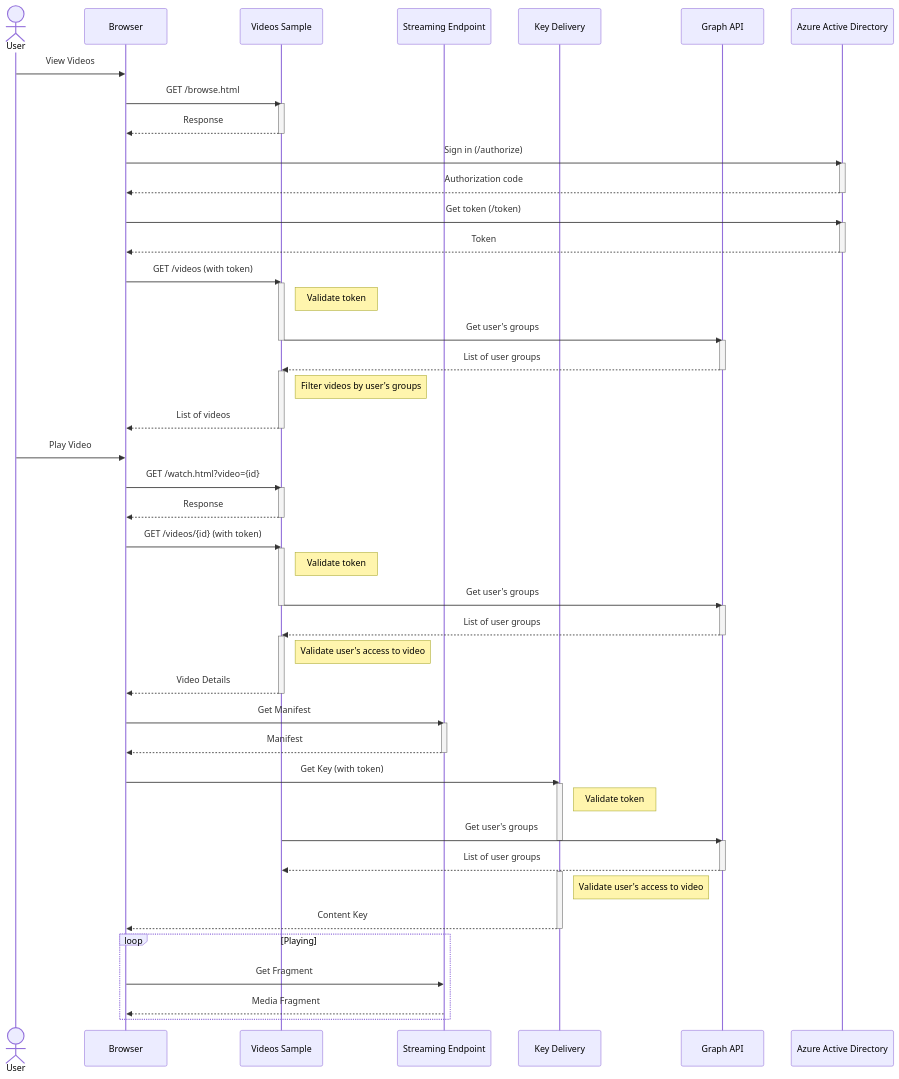
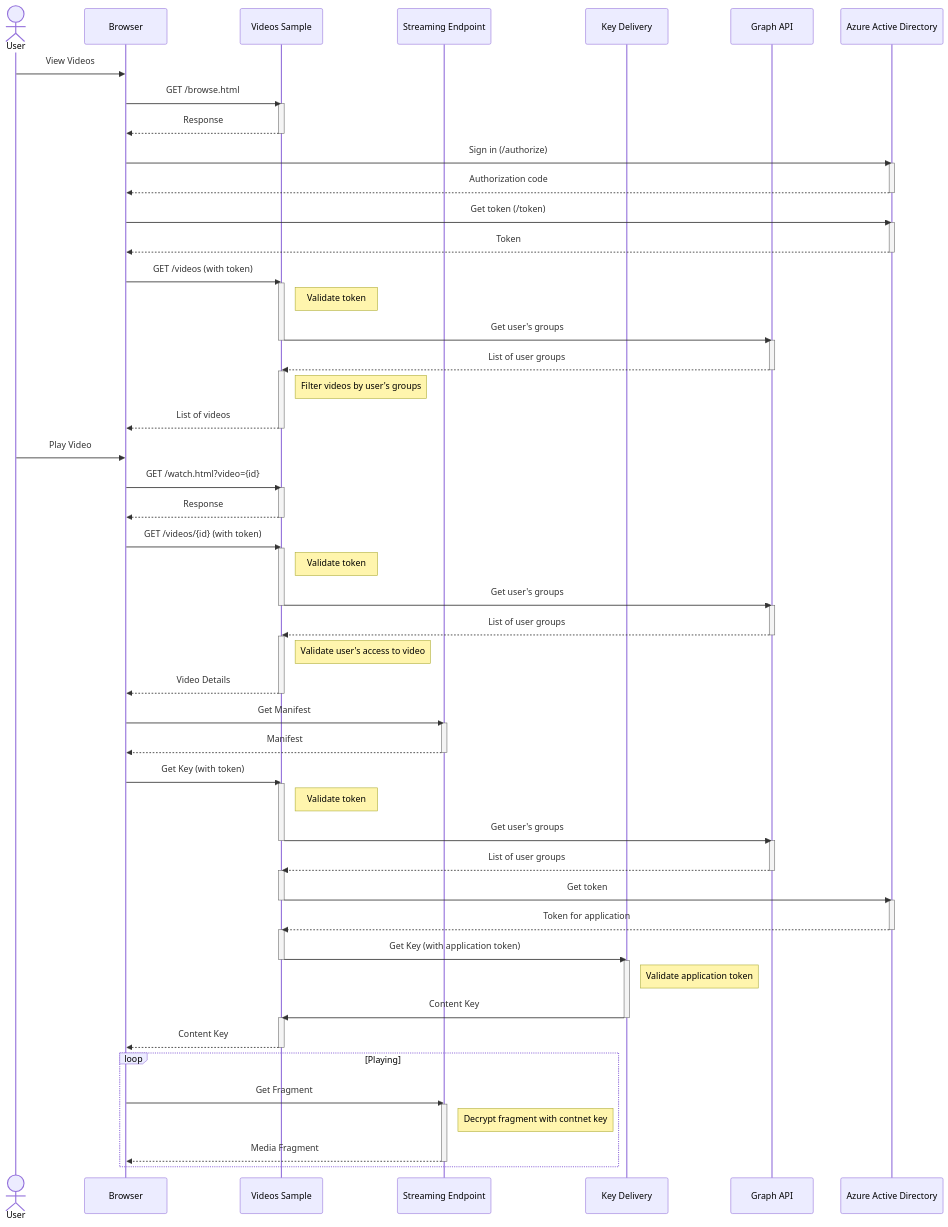
Before and after one commit to Azure-Samples/media-services-v3-dotnet-webapp: the diagram in 4-VideosSample-VideoAuth/README.md, drawn with Mermaid. The commit also changed 1 other file, not shown here.

Commit message:
Fixing diagrams

````diff
--- a/4-VideosSample-VideoAuth/README.md
+++ b/4-VideosSample-VideoAuth/README.md
@@ -225,21 +225,36 @@
 Streaming Endpoint-->>Browser: Manifest
 deactivate Streaming Endpoint
 
-Browser->>Key Delivery: Get Key (with token)
-activate Key Delivery
-note right of Key Delivery: Validate token
+Browser->>Videos Sample: Get Key (with token)
+activate Videos Sample
+note right of Videos Sample: Validate token
 Videos Sample->>Graph API: Get user's groups
-deactivate Key Delivery
+deactivate Videos Sample
 activate Graph API
 Graph API-->>Videos Sample: List of user groups
 deactivate Graph API
+activate Videos Sample
+Videos Sample->>Azure Active Directory: Get token
+deactivate Videos Sample
+activate Azure Active Directory
+Azure Active Directory-->>Videos Sample: Token for application
+deactivate Azure Active Directory
+activate Videos Sample
+Videos Sample->>Key Delivery: Get Key (with application token)
+deactivate Videos Sample
 activate Key Delivery
-note right of Key Delivery: Validate user's access to video
-Key Delivery-->>Browser: Content Key
+note right of Key Delivery: Validate application token
+Key Delivery->>Videos Sample: Content Key
 deactivate Key Delivery
+activate Videos Sample
+Videos Sample-->>Browser: Content Key
+deactivate Videos Sample
 
 loop Playing
     Browser->>Streaming Endpoint: Get Fragment
+    activate Streaming Endpoint
+    note right of Streaming Endpoint: Decrypt fragment with contnet key
     Streaming Endpoint-->>Browser: Media Fragment
+    deactivate Streaming Endpoint
 end
 ```
````
